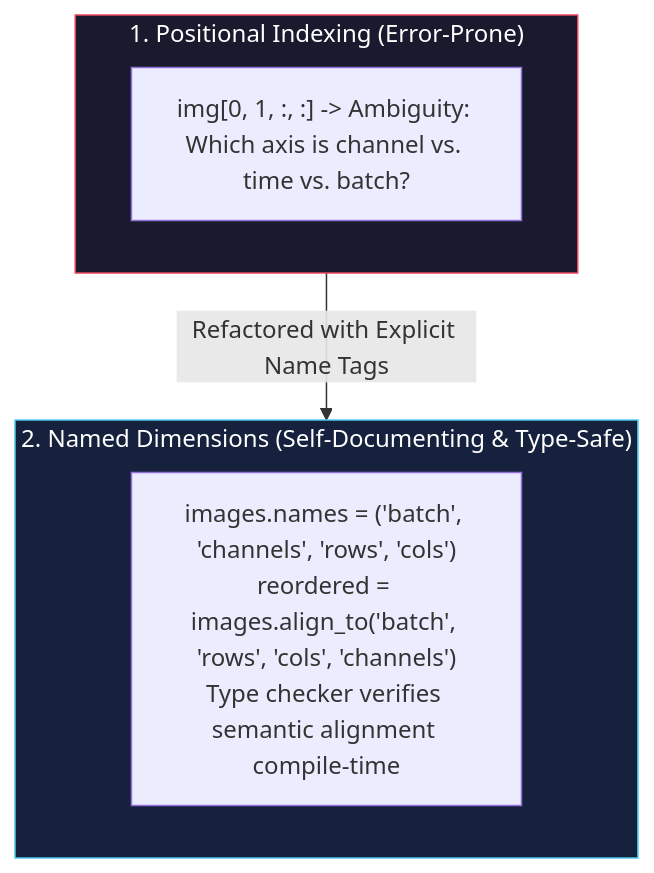
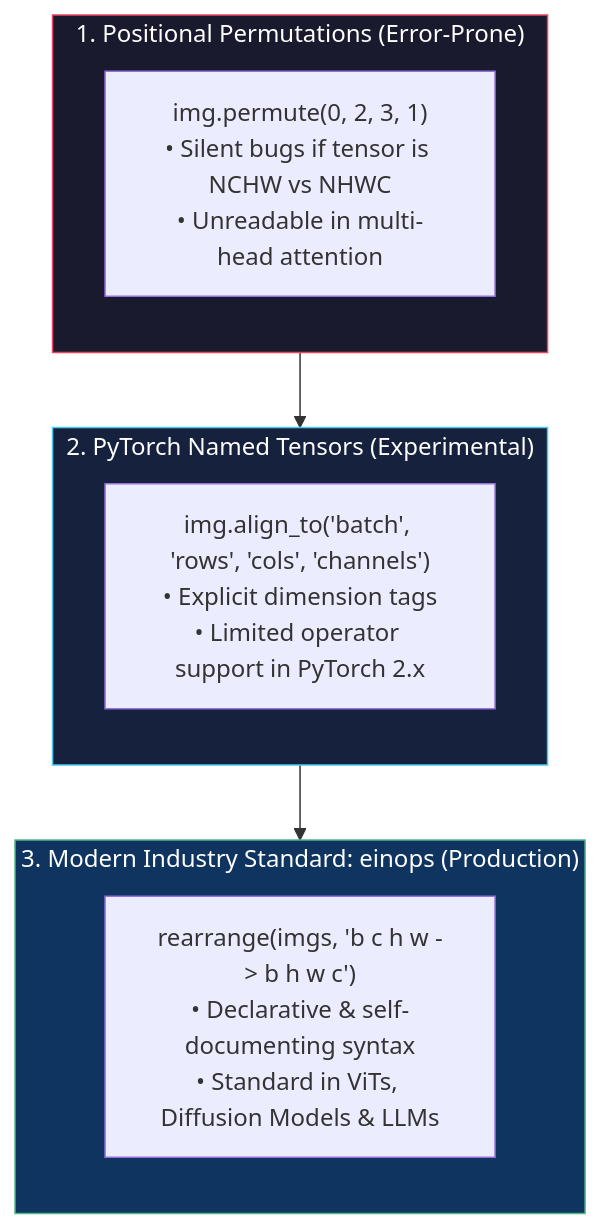
Before and after one commit to emreaslan7/ai: the sixth of 16 diagrams in content/deep-learning-with-pytorch/part-1-core-pytorch/it-starts-with-a-tensor.md, drawn with Mermaid. The commit also changed other lines of this file and 1 other file, not shown here.

Commit message:
feat: add 2.x features for tensors

````diff
--- a/content/deep-learning-with-pytorch/part-1-core-pytorch/it-starts-with-a-tensor.md
+++ b/content/deep-learning-with-pytorch/part-1-core-pytorch/it-starts-with-a-tensor.md
@@ -294,15 +313,23 @@
 ```mermaid
 flowchart TD
-    subgraph Positional["1. Positional Indexing (Error-Prone)"]
-        P["img[0, 1, :, :] -> Ambiguity: Which axis is channel vs. time vs. batch?"]
+    subgraph Positional["1. Positional Permutations (Error-Prone)"]
+        direction TB
+        P["img.permute(0, 2, 3, 1)<br/>• Silent bugs if tensor is NCHW vs NHWC<br/>• Unreadable in multi-head attention"]
     end
 
-    subgraph Named["2. Named Dimensions (Self-Documenting & Type-Safe)"]
-        N["images.names = ('batch', 'channels', 'rows', 'cols')\nreordered = images.align_to('batch', 'rows', 'cols', 'channels')\nType checker verifies semantic alignment compile-time"]
+    subgraph NamedNative["2. PyTorch Named Tensors (Experimental)"]
+        direction TB
+        N["img.align_to('batch', 'rows', 'cols', 'channels')<br/>• Explicit dimension tags<br/>• Limited operator support in PyTorch 2.x"]
     end
 
-    Positional -->|Refactored with Explicit Name Tags| Named
+    subgraph EinopsModern["3. Modern Industry Standard: einops (Production)"]
+        direction TB
+        E["rearrange(imgs, 'b c h w -> b h w c')<br/>• Declarative & self-documenting syntax<br/>• Standard in ViTs, Diffusion Models & LLMs"]
+    end
+
+    Positional --> NamedNative --> EinopsModern
 
     style Positional fill:#1a1a2e,stroke:#e94560,color:#fff
-    style Named fill:#16213e,stroke:#4cc9f0,color:#fff
+    style NamedNative fill:#16213e,stroke:#4cc9f0,color:#fff
+    style EinopsModern fill:#0f3460,stroke:#52b788,color:#fff
 ```
````
